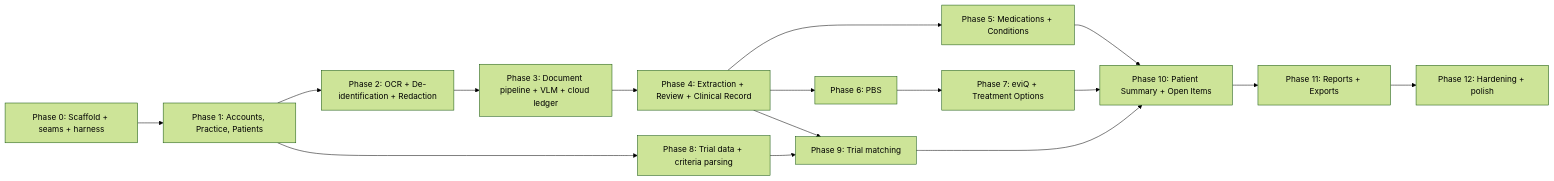
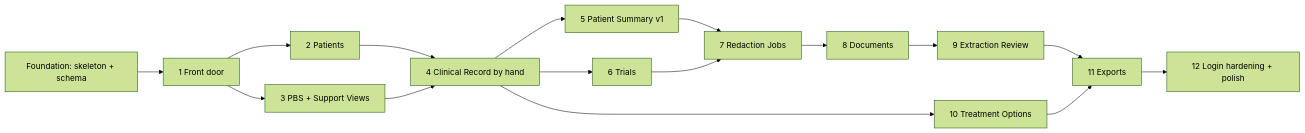
The fifth of 5 diagrams in docs/Vigil_Design_Document.md (kl-a/vigil_care), drawn with Mermaid (forest theme) before and after one commit. The commit also changed other lines of this file and 3 other files, not shown here.

````diff
--- a/docs/Vigil_Design_Document.md
+++ b/docs/Vigil_Design_Document.md
@@ -1391,15 +1406,18 @@
 ```mermaid
 flowchart LR
-    P0[Phase 0: Scaffold + seams + harness] --> P1[Phase 1: Accounts, Practice, Patients]
-    P1 --> P2[Phase 2: OCR + De-identification + Redaction]
-    P2 --> P3[Phase 3: Document pipeline + VLM + cloud ledger]
-    P3 --> P4[Phase 4: Extraction + Review + Clinical Record]
-    P4 --> P5[Phase 5: Medications + Conditions]
-    P4 --> P6[Phase 6: PBS]
-    P6 --> P7[Phase 7: eviQ + Treatment Options]
-    P1 --> P8[Phase 8: Trial data + criteria parsing]
-    P4 & P8 --> P9[Phase 9: Trial matching]
-    P5 & P7 & P9 --> P10[Phase 10: Patient Summary + Open Items]
-    P10 --> P11[Phase 11: Reports + Exports]
-    P11 --> P12[Phase 12: Hardening + polish]
+    F[Foundation: skeleton + schema] --> S1[1 Front door]
+    S1 --> S2[2 Patients]
+    S1 --> S3[3 PBS + Support Views]
+    S2 --> S4[4 Clinical Record by hand]
+    S3 --> S4
+    S4 --> S5[5 Patient Summary v1]
+    S4 --> S6[6 Trials]
+    S5 --> S7[7 Redaction Jobs]
+    S6 --> S7
+    S7 --> S8[8 Documents]
+    S8 --> S9[9 Extraction Review]
+    S4 --> S10[10 Treatment Options]
+    S9 --> S11[11 Exports]
+    S10 --> S11
+    S11 --> S12[12 Login hardening + polish]
 ```
````
